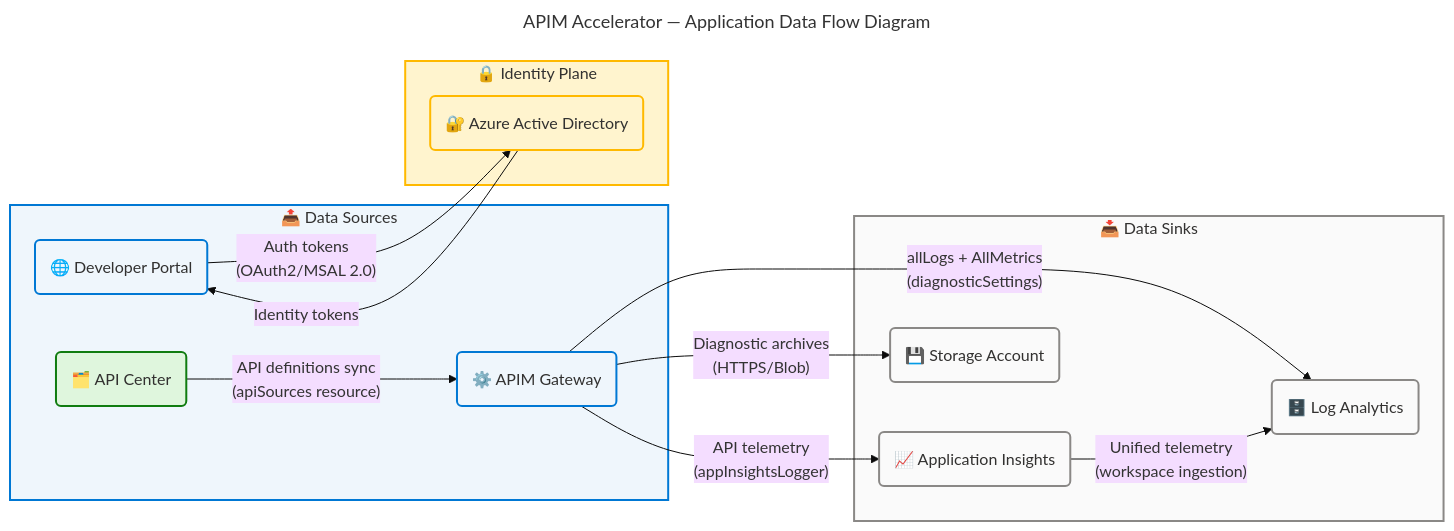
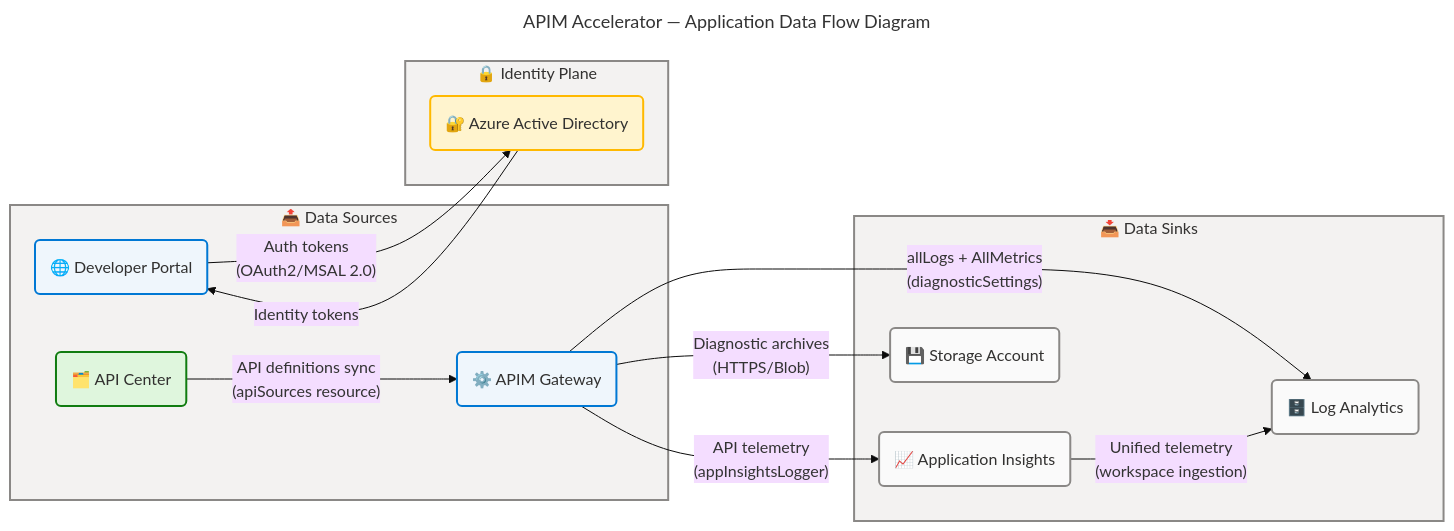
One commit to Evilazaro/APIM-Accelerator changed the eighth of 8 diagrams in docs/architecture/application-architecture.md. Above: the diagram before and after it, drawn with Mermaid. The commit also changed other lines of this file, not shown here.

Commit message:
style: update Azure/Fluent architecture pattern to v2.0 with enhanced governance comments and improved accessibility features

````diff
--- a/docs/architecture/application-architecture.md
+++ b/docs/architecture/application-architecture.md
@@ -1309,60 +1319,61 @@
 ```mermaid
 ---
 title: "APIM Accelerator — Application Data Flow Diagram"
 config:
   theme: base
   look: classic
   layout: dagre
   themeVariables:
     fontSize: '16px'
   flowchart:
     htmlLabels: true
 ---
 flowchart LR
     accTitle: APIM Accelerator Application Data Flow Diagram
     accDescr: Data flow diagram showing runtime and deploy-time data movements between application services including diagnostic streams telemetry flows API catalog synchronization and authentication token flows
 
     %% ═══════════════════════════════════════════════════════════════════════════
-    %% AZURE / FLUENT ARCHITECTURE PATTERN v1.1
+    %% AZURE / FLUENT ARCHITECTURE PATTERN v2.0
     %% (Semantic + Structural + Font + Accessibility Governance)
     %% ═══════════════════════════════════════════════════════════════════════════
     %% PHASE 1 - FLUENT UI: All styling uses approved Fluent UI palette only
     %% PHASE 2 - GROUPS: Every subgraph has semantic color via style directive
     %% PHASE 3 - COMPONENTS: Every node has semantic classDef + icon prefix
     %% PHASE 4 - ACCESSIBILITY: accTitle/accDescr present, WCAG AA contrast
     %% PHASE 5 - STANDARD: Governance block present, classDefs centralized
     %% ═══════════════════════════════════════════════════════════════════════════
 
     subgraph SOURCES["📤 Data Sources"]
         APIM("⚙️ APIM Gateway"):::core
         PORTAL("🌐 Developer Portal"):::core
         APIC("🗂️ API Center"):::success
     end
 
     subgraph SINKS["📥 Data Sinks"]
         LAW("🗄️ Log Analytics"):::neutral
         APPINS("📈 Application Insights"):::neutral
         SA("💾 Storage Account"):::neutral
     end
 
     subgraph IDENTITY["🔒 Identity Plane"]
         AD("🔐 Azure Active Directory"):::warning
     end
 
     APIM -->|"allLogs + AllMetrics<br>(diagnosticSettings)"| LAW
     APIM -->|"API telemetry<br>(appInsightsLogger)"| APPINS
     APIM -->|"Diagnostic archives<br>(HTTPS/Blob)"| SA
     APPINS -->|"Unified telemetry<br>(workspace ingestion)"| LAW
     PORTAL -->|"Auth tokens<br>(OAuth2/MSAL 2.0)"| AD
     AD -->|"Identity tokens"| PORTAL
     APIC -->|"API definitions sync<br>(apiSources resource)"| APIM
 
     classDef neutral fill:#FAFAFA,stroke:#8A8886,stroke-width:2px,color:#323130
     classDef core fill:#EFF6FC,stroke:#0078D4,stroke-width:2px,color:#323130
     classDef success fill:#DFF6DD,stroke:#107C10,stroke-width:2px,color:#323130
     classDef warning fill:#FFF4CE,stroke:#FFB900,stroke-width:2px,color:#323130
+    classDef danger fill:#FDE7E9,stroke:#D13438,stroke-width:2px,color:#323130
 
-    style SOURCES fill:#EFF6FC,stroke:#0078D4,stroke-width:2px,color:#323130
-    style SINKS fill:#FAFAFA,stroke:#8A8886,stroke-width:2px,color:#323130
-    style IDENTITY fill:#FFF4CE,stroke:#FFB900,stroke-width:2px,color:#323130
+    style SOURCES fill:#F3F2F1,stroke:#8A8886,stroke-width:2px,color:#323130
+    style SINKS fill:#F3F2F1,stroke:#8A8886,stroke-width:2px,color:#323130
+    style IDENTITY fill:#F3F2F1,stroke:#8A8886,stroke-width:2px,color:#323130
 ```
````
